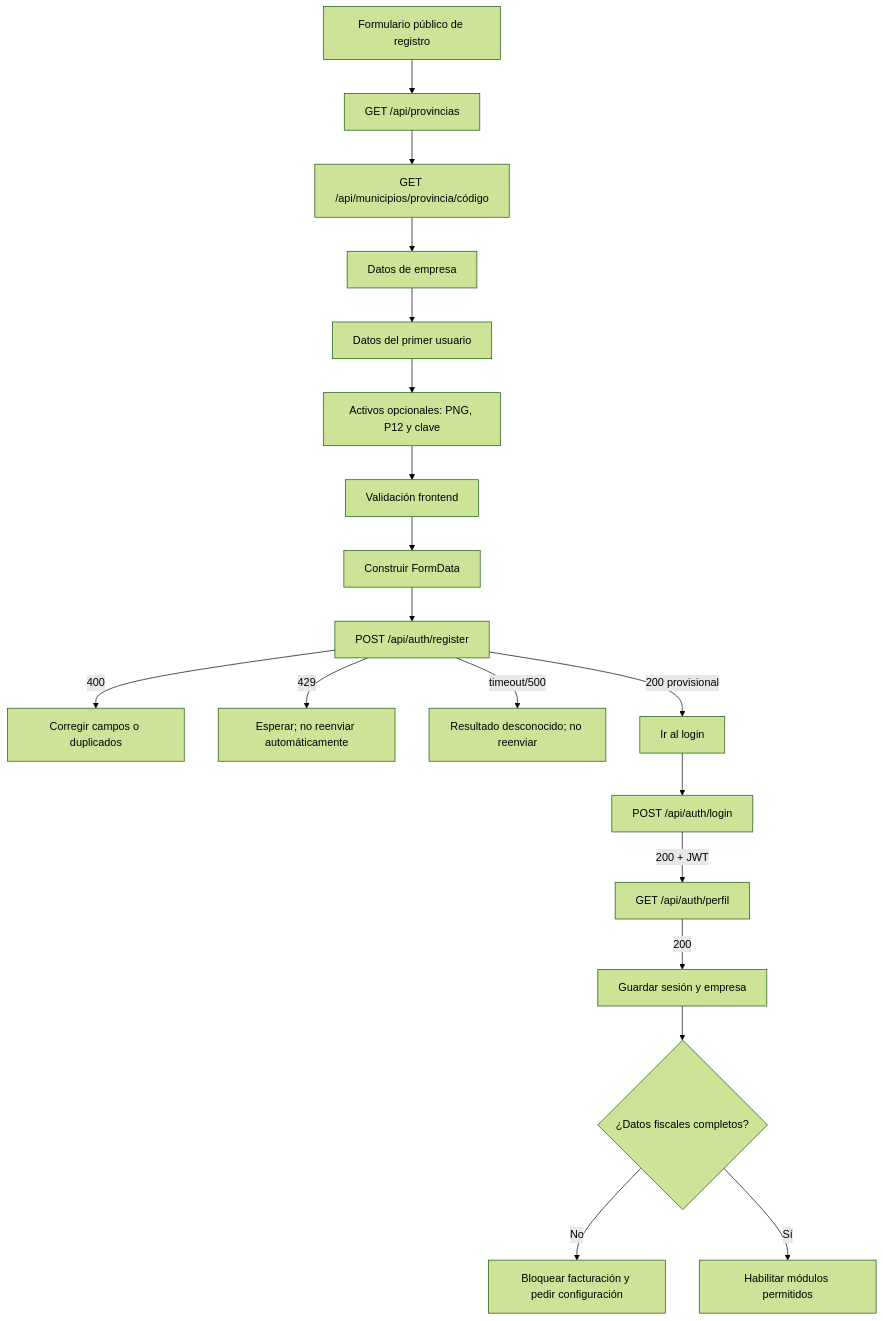
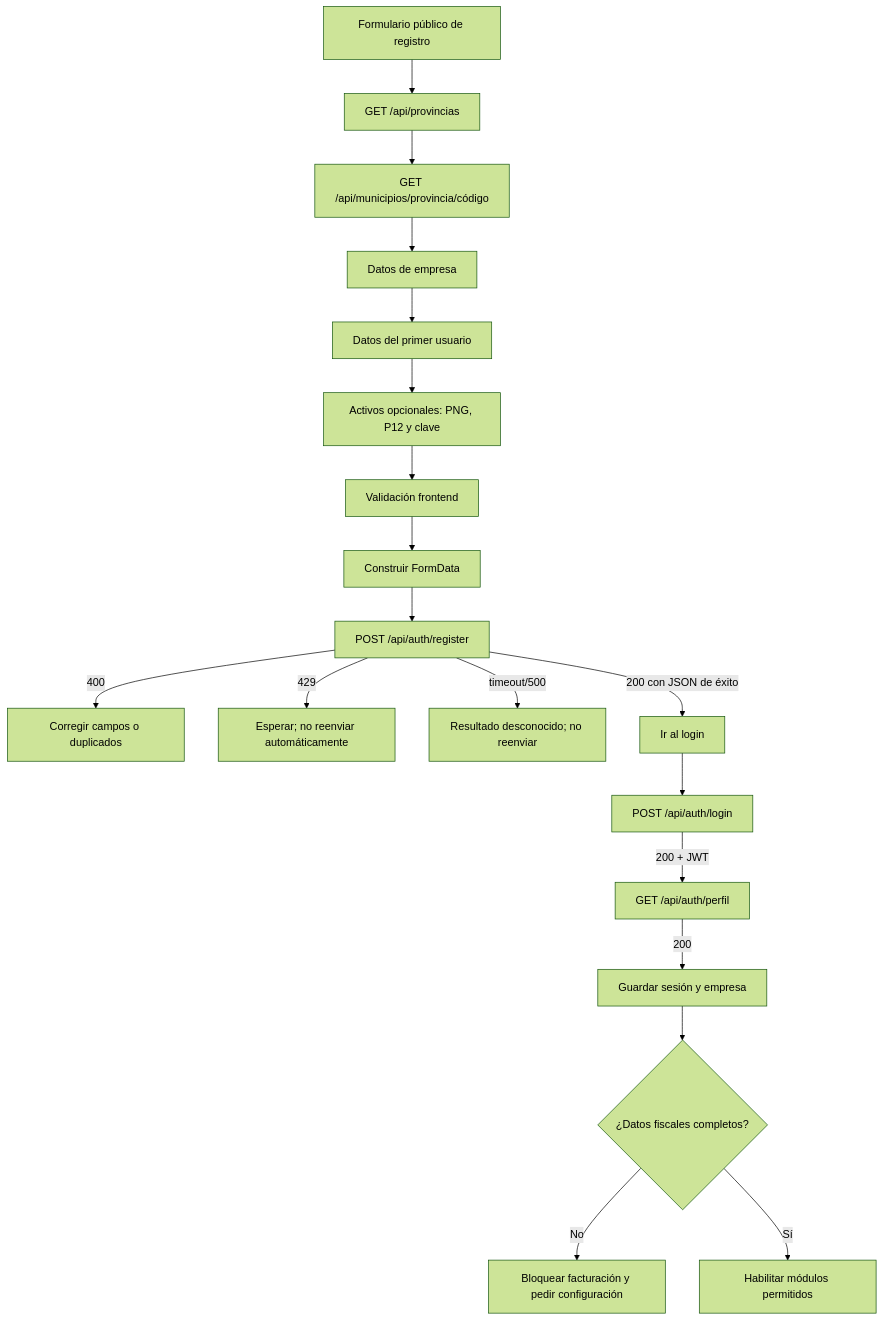
Before and after one commit to BrianPelegrin/effisort-web: the first of 2 diagrams in docs/frontend/REGISTRO_EMPRESA.md, drawn with Mermaid (forest theme). The commit also changed other lines of this file and 26 other files, not shown here.

````diff
--- a/docs/frontend/REGISTRO_EMPRESA.md
+++ b/docs/frontend/REGISTRO_EMPRESA.md
@@ -30,21 +30,21 @@
 ```mermaid
 flowchart TD
   A[Formulario público de registro] --> B[GET /api/provincias]
   B --> C[GET /api/municipios/provincia/código]
   C --> D[Datos de empresa]
   D --> E[Datos del primer usuario]
   E --> F[Activos opcionales: PNG, P12 y clave]
   F --> G[Validación frontend]
   G --> H[Construir FormData]
   H --> I[POST /api/auth/register]
   I -->|400| J[Corregir campos o duplicados]
   I -->|429| K[Esperar; no reenviar automáticamente]
   I -->|timeout/500| L[Resultado desconocido; no reenviar]
-  I -->|200 provisional| M[Ir al login]
+  I -->|200 con JSON de éxito| M[Ir al login]
   M --> N[POST /api/auth/login]
   N -->|200 + JWT| O[GET /api/auth/perfil]
   O -->|200| P[Guardar sesión y empresa]
   P --> Q{¿Datos fiscales completos?}
   Q -->|No| R[Bloquear facturación y pedir configuración]
   Q -->|Sí| S[Habilitar módulos permitidos]
 ```
````
